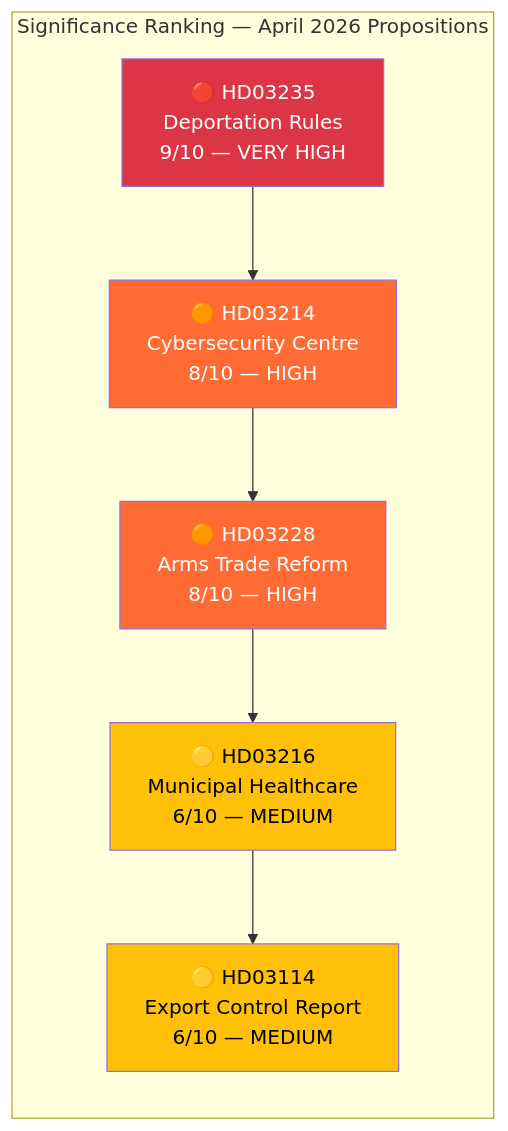
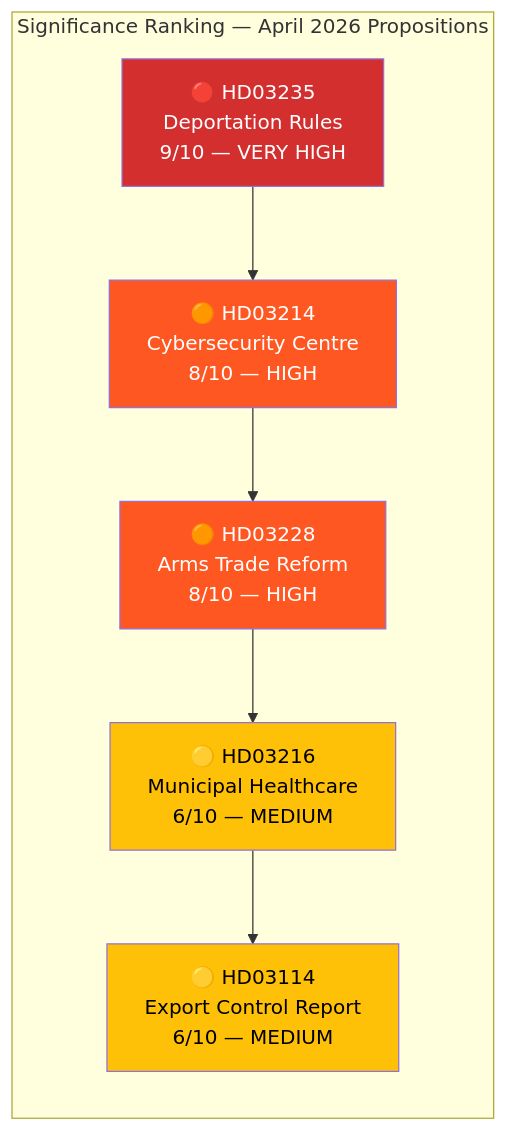
Before and after one commit to Hack23/riksdagsmonitor: the diagram in analysis/daily/2026-04-10/propositions/significance-scoring.md, drawn with Mermaid. The commit also changed 785 other files, not shown here.

First line of the commit message:
Normalize mermaid colors across 786 analysis artifacts to ISMS Style Guide palette

````diff
--- a/analysis/daily/2026-04-10/propositions/significance-scoring.md
+++ b/analysis/daily/2026-04-10/propositions/significance-scoring.md
@@ -16,17 +16,17 @@
 ```mermaid
 graph LR
     subgraph "Significance Ranking — April 2026 Propositions"
         direction TB
         S1["🔴 HD03235<br/>Deportation Rules<br/>9/10 — VERY HIGH"]
         S2["🟠 HD03214<br/>Cybersecurity Centre<br/>8/10 — HIGH"]
         S3["🟠 HD03228<br/>Arms Trade Reform<br/>8/10 — HIGH"]
         S4["🟡 HD03216<br/>Municipal Healthcare<br/>6/10 — MEDIUM"]
         S5["🟡 HD03114<br/>Export Control Report<br/>6/10 — MEDIUM"]
     end
     S1 --> S2 --> S3 --> S4 --> S5
-    style S1 fill:#dc3545,color:#fff
-    style S2 fill:#ff6b35,color:#fff
-    style S3 fill:#ff6b35,color:#fff
-    style S4 fill:#ffc107,color:#000
-    style S5 fill:#ffc107,color:#000
+    style S1 fill:#D32F2F,color:#FFFFFF
+    style S2 fill:#FF5722,color:#FFFFFF
+    style S3 fill:#FF5722,color:#FFFFFF
+    style S4 fill:#FFC107,color:#000000
+    style S5 fill:#FFC107,color:#000000
 ```
````
